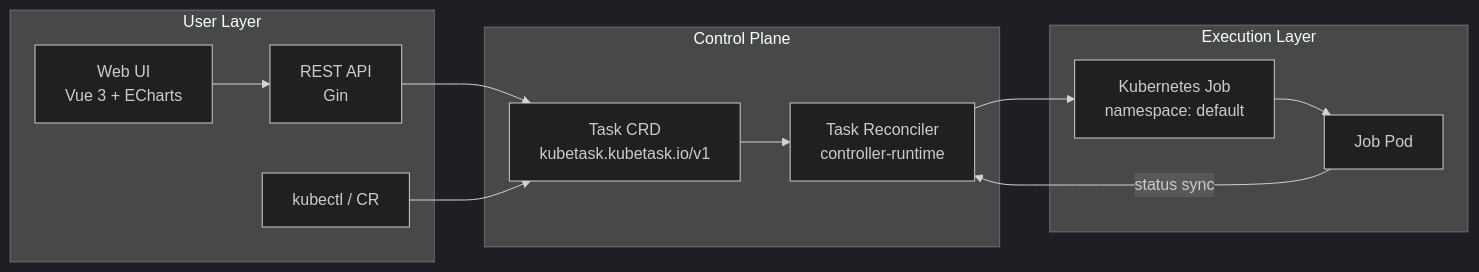
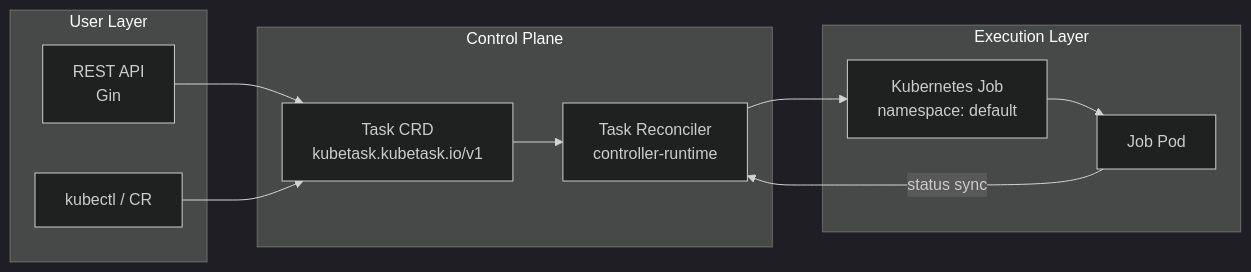
One commit to CHYUQI/KubeTask changed the diagram in README_EN.md. Above: the diagram before and after it, drawn with Mermaid (dark theme). The commit also changed other lines of this file and 2 other files, not shown here.

Commit message:
docs:fix readme.md,delete web ui describtion

````diff
--- a/README_EN.md
+++ b/README_EN.md
@@ -36,26 +35,24 @@
 ```mermaid
 flowchart LR
     subgraph User Layer
-        UI[Web UI<br/>Vue 3 + ECharts]
         API[REST API<br/>Gin]
         CLI[kubectl / CR]
     end
 
     subgraph Control Plane
         CRD[Task CRD<br/>kubetask.kubetask.io/v1]
         CTRL[Task Reconciler<br/>controller-runtime]
     end
 
     subgraph Execution Layer
         JOB[Kubernetes Job<br/>namespace: default]
         POD[Job Pod]
     end
 
-    UI --> API
     API --> CRD
     CLI --> CRD
     CRD --> CTRL
     CTRL --> JOB
     JOB --> POD
     POD -- status sync --> CTRL
 ```
````
